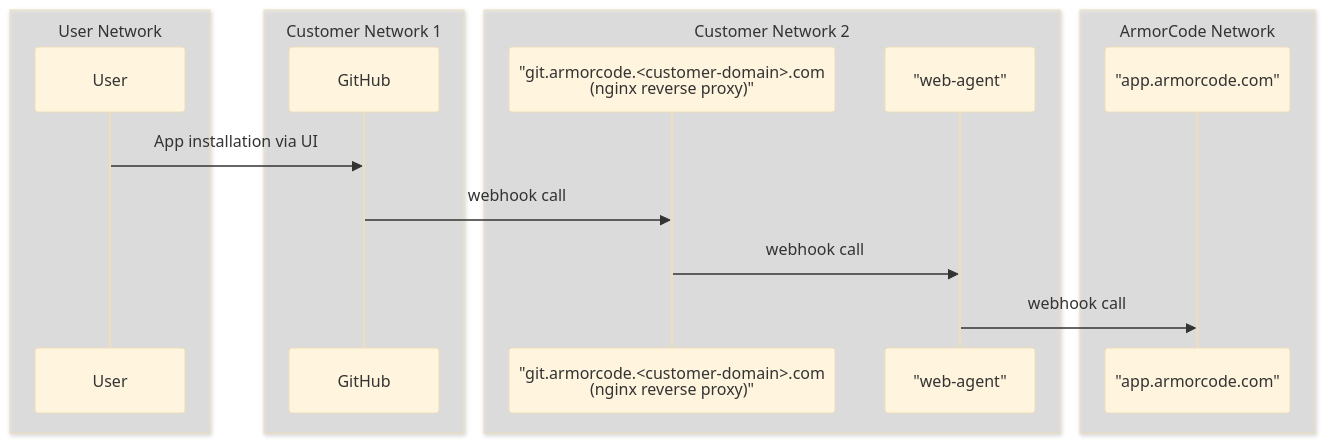
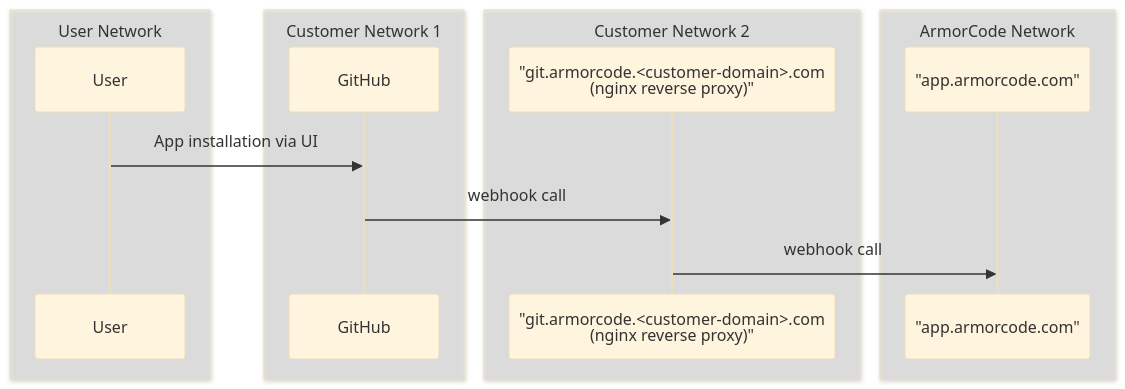
One commit to armor-code/agent changed the diagram in web-agent/Nginx Config/Readme.md. Above: the diagram before and after it, drawn with Mermaid (base theme).

Commit message:
Update Readme.md (#86)

````diff
--- a/web-agent/Nginx Config/Readme.md
+++ b/web-agent/Nginx Config/Readme.md
@@ -1,22 +1,21 @@
 ```mermaid
 sequenceDiagram
     box rgba(220, 220, 220, 0.5) User Network
         participant User
     end
     box rgba(220, 220, 220, 0.5) Customer Network 1
         participant GitHub
     end
     box rgba(220, 220, 220, 0.5) Customer Network 2
         participant ReverseProxy as "git.armorcode.<customer-domain>.com<br/>(nginx reverse proxy)"
-        participant WebAgent as "web-agent"
     end
     box rgba(220, 220, 220, 0.5) ArmorCode Network
         participant ArmorCode as "app.armorcode.com"
     end
     
     User->>GitHub: App installation via UI
     GitHub->>ReverseProxy: webhook call
-    ReverseProxy->>WebAgent: webhook call
-    WebAgent->>ArmorCode: webhook call
+    ReverseProxy->>ArmorCode: webhook call
+
 
 ```
````
